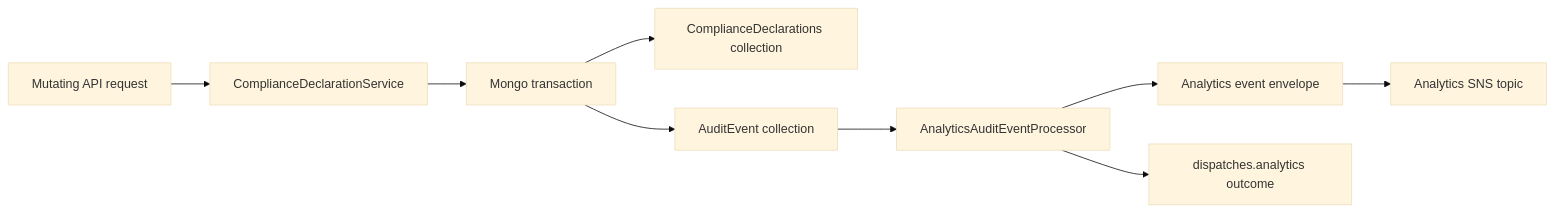
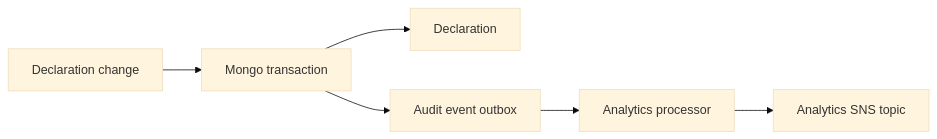
One commit to DEFRA/waste-obligations changed the first of 2 diagrams in docs/compliance-declaration-end-to-end-event-flow.md. Above: the diagram before and after it, drawn with Mermaid (base theme). The commit also changed other lines of this file and 7 other files, not shown here.

````diff
--- a/docs/compliance-declaration-end-to-end-event-flow.md
+++ b/docs/compliance-declaration-end-to-end-event-flow.md
@@ -22,11 +14,8 @@
 ```mermaid
 flowchart LR
-    A["Mutating API request"] --> B["ComplianceDeclarationService"]
-    B --> C["Mongo transaction"]
-    C --> D["ComplianceDeclarations collection"]
-    C --> E["AuditEvent collection"]
-    E --> F["AnalyticsAuditEventProcessor"]
-    F --> G["Analytics event envelope"]
-    G --> H["Analytics SNS topic"]
-    F --> I["dispatches.analytics outcome"]
+    A[Declaration change] --> B[Mongo transaction]
+    B --> C[Declaration]
+    B --> D[Audit event outbox]
+    D --> E[Analytics processor]
+    E --> F[Analytics SNS topic]
 ```
````
